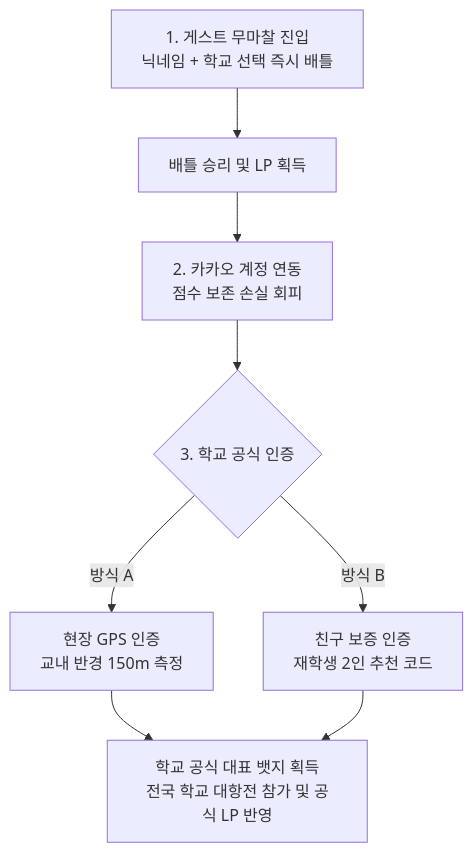
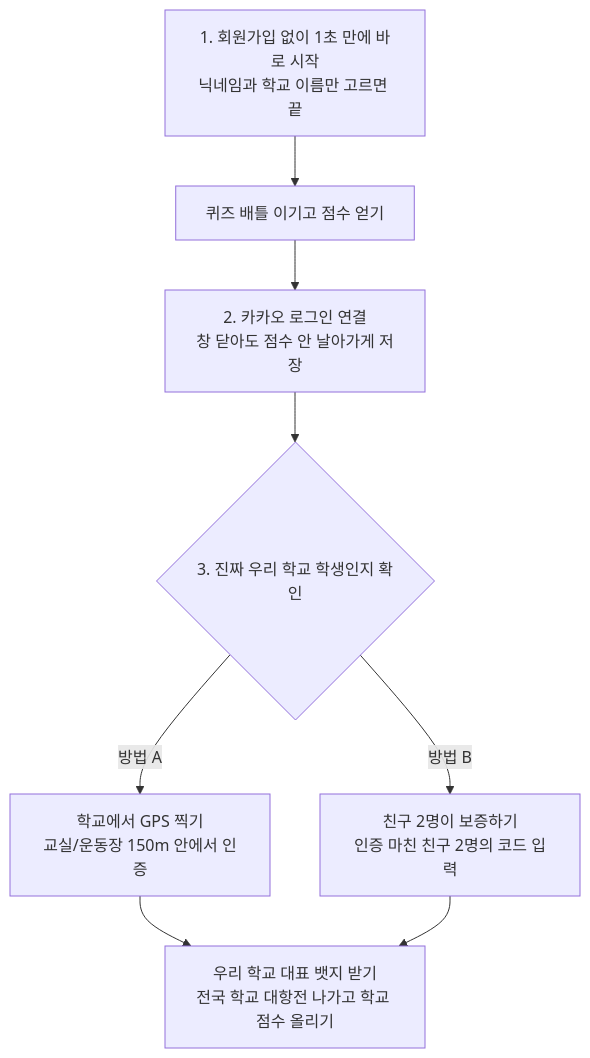
The first of 2 diagrams in docs/인증_모듈_순서도.md (yunha2604-hub/battle-study), drawn with Mermaid before and after one commit. The commit also changed other lines of this file, not shown here.

````diff
--- a/docs/인증_모듈_순서도.md
+++ b/docs/인증_모듈_순서도.md
@@ -27,12 +27,12 @@
 ```mermaid
 flowchart TD
-    A[1. 게스트 무마찰 진입<br/>닉네임 + 학교 선택 즉시 배틀] --> B[배틀 승리 및 LP 획득]
-    B --> C[2. 카카오 계정 연동<br/>점수 보존 손실 회피]
-    C --> D{3. 학교 공식 인증}
+    A[1. 회원가입 없이 1초 만에 바로 시작<br/>닉네임과 학교 이름만 고르면 끝] --> B[퀴즈 배틀 이기고 점수 얻기]
+    B --> C[2. 카카오 로그인 연결<br/>창 닫아도 점수 안 날아가게 저장]
+    C --> D{3. 진짜 우리 학교 학생인지 확인}
     
-    D -->|방식 A| E[현장 GPS 인증<br/>교내 반경 150m 측정]
-    D -->|방식 B| F[친구 보증 인증<br/>재학생 2인 추천 코드]
+    D -->|방법 A| E[학교에서 GPS 찍기<br/>교실/운동장 150m 안에서 인증]
+    D -->|방법 B| F[친구 2명이 보증하기<br/>인증 마친 친구 2명의 코드 입력]
     
-    E --> G[학교 공식 대표 뱃지 획득<br/>전국 학교 대항전 참가 및 공식 LP 반영]
+    E --> G[우리 학교 대표 뱃지 받기<br/>전국 학교 대항전 나가고 학교 점수 올리기]
     F --> G
 ```
````
